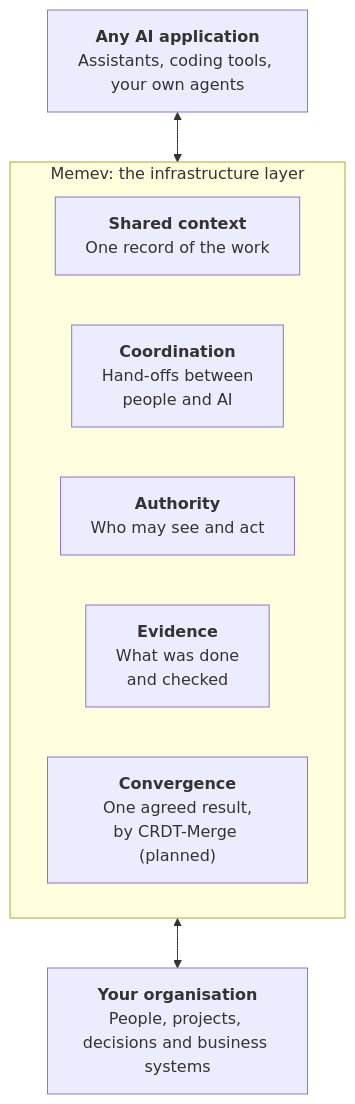
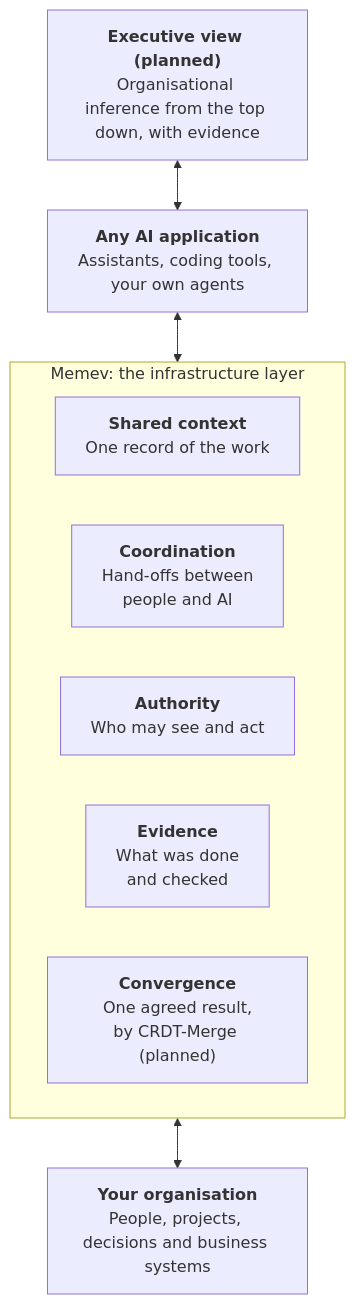
One commit to mgillr/memev changed the fourth of 5 diagrams in docs/trust-architecture/README.md. Above: the diagram before and after it, drawn with Mermaid. The commit also changed other lines of this file and 7 other files, not shown here.

````diff
--- a/docs/trust-architecture/README.md
+++ b/docs/trust-architecture/README.md
@@ -54,15 +78,17 @@
 ```mermaid
 flowchart TB
+    exec["<b>Executive view (planned)</b><br/>Organisational inference from the top down, with evidence"]
     ai["<b>Any AI application</b><br/>Assistants, coding tools, your own agents"]
     subgraph memev["Memev: the infrastructure layer"]
         direction LR
         ctx["<b>Shared context</b><br/>One record of the work"]
         coord["<b>Coordination</b><br/>Hand-offs between<br/>people and AI"]
         auth["<b>Authority</b><br/>Who may see and act"]
         ev["<b>Evidence</b><br/>What was done<br/>and checked"]
         conv["<b>Convergence</b><br/>One agreed result,<br/>by CRDT-Merge (planned)"]
     end
     org["<b>Your organisation</b><br/>People, projects, decisions and business systems"]
+    exec <--> ai
     ai <--> memev
     memev <--> org
 ```
````
